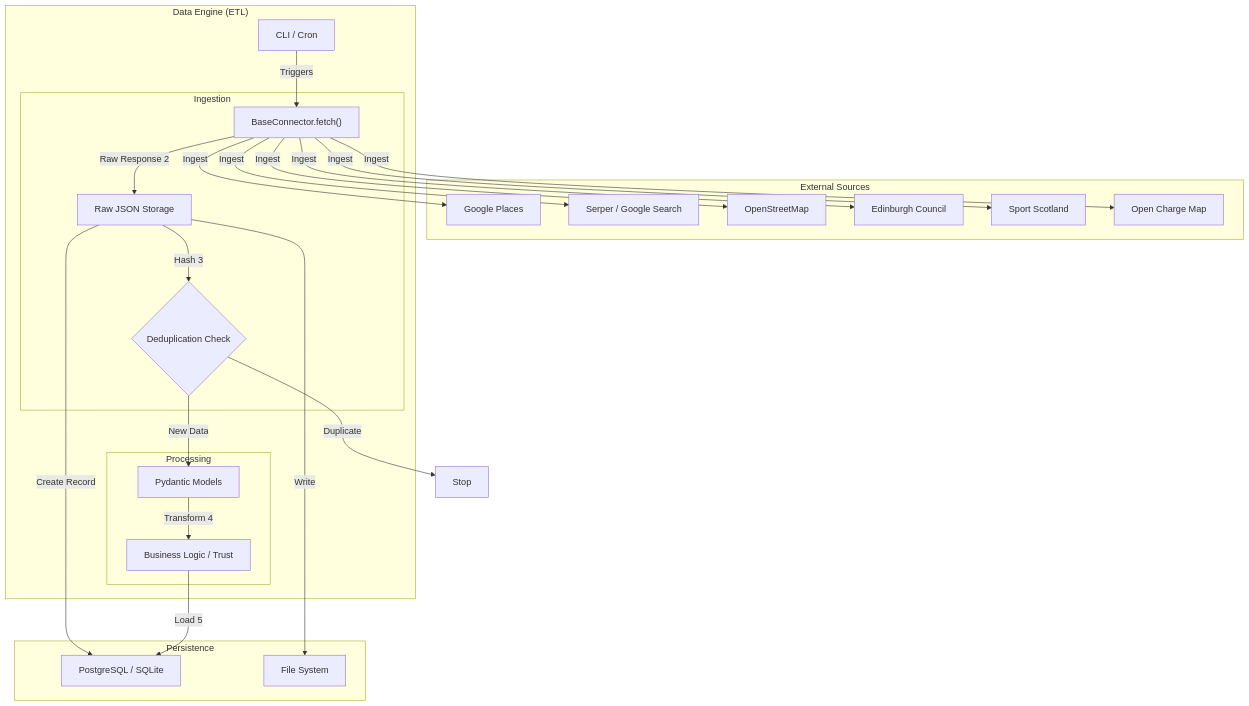
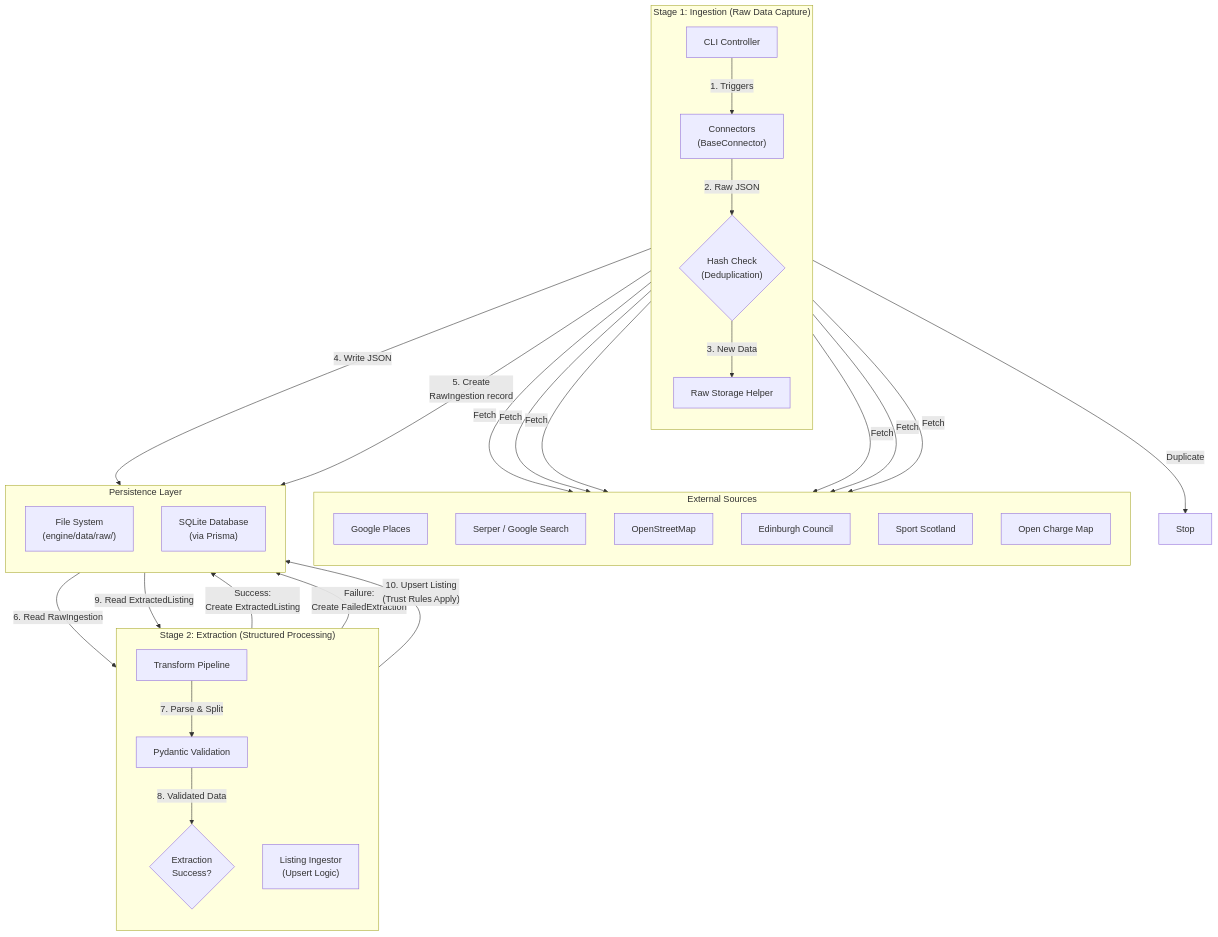
One commit to LarjGit/edinburgh-finds changed the second of 3 diagrams in ARCHITECTURE.md. Above: the diagram before and after it, drawn with Mermaid. The commit also changed other lines of this file, not shown here.

First line of the commit message:
docs(architecture): update ARCHITECTURE.md with extraction pipeline and schema status

````diff
--- a/ARCHITECTURE.md
+++ b/ARCHITECTURE.md
@@ -125,51 +206,60 @@
 ```mermaid
 graph TD
     subgraph ExternalSources["External Sources"]
+        direction TD
         Google["Google Places"]
         Serper["Serper / Google Search"]
         OSM["OpenStreetMap"]
         Council["Edinburgh Council"]
         SportScot["Sport Scotland"]
         OCM["Open Charge Map"]
     end
 
-    subgraph DataEngineETL["Data Engine (ETL)"]
-        CLI["CLI / Cron"]
-
-        subgraph IngestionGroup["Ingestion"]
-            Fetcher["BaseConnector.fetch()"]
-            RawStore["Raw JSON Storage"]
-            Dedup{"Deduplication Check"}
-        end
-
-        subgraph ProcessingGroup["Processing"]
-            Parser["Pydantic Models"]
-            Logic["Business Logic / Trust"]
-        end
+    subgraph Stage1["Stage 1: Ingestion (Raw Data Capture)"]
+        direction TD
+        CLI["CLI Controller"]
+        Connectors["Connectors<br/>(BaseConnector)"]
+        HashCheck{"Hash Check<br/>(Deduplication)"}
+        RawStore["Raw Storage Helper"]
     end
 
-    subgraph PersistenceGroup["Persistence"]
-        DB["PostgreSQL / SQLite"]
-        Files["File System"]
+    subgraph Stage2["Stage 2: Extraction (Structured Processing)"]
+        direction TD
+        Transform["Transform Pipeline"]
+        Validate["Pydantic Validation"]
+        ExtractTrack{"Extraction<br/>Success?"}
+        Ingestor["Listing Ingestor<br/>(Upsert Logic)"]
     end
 
-    CLI -->|"Triggers"| Fetcher
+    subgraph PersistenceLayer["Persistence Layer"]
+        direction TD
+        FileSystem["File System<br/>(engine/data/raw/)"]
+        Database["SQLite Database<br/>(via Prisma)"]
+    end
 
-    Fetcher -->|"Ingest"| Google
-    Fetcher -->|"Ingest"| Serper
-    Fetcher -->|"Ingest"| OSM
-    Fetcher -->|"Ingest"| Council
-    Fetcher -->|"Ingest"| SportScot
-    Fetcher -->|"Ingest"| OCM
+    CLI -->|"1. Triggers"| Connectors
 
-    Fetcher -->|"Raw Response 2"| RawStore
-    RawStore -->|"Write"| Files
-    RawStore -->|"Create Record"| DB
+    Connectors -->|"Fetch"| Google
+    Connectors -->|"Fetch"| Serper
+    Connectors -->|"Fetch"| OSM
+    Connectors -->|"Fetch"| Council
+    Connectors -->|"Fetch"| SportScot
+    Connectors -->|"Fetch"| OCM
 
-    RawStore -->|"Hash 3"| Dedup
-    Dedup -->|"Duplicate"| Stop["Stop"]
-    Dedup -->|"New Data"| Parser
+    Connectors -->|"2. Raw JSON"| HashCheck
+    HashCheck -->|"Duplicate"| Stop["Stop"]
+    HashCheck -->|"3. New Data"| RawStore
 
-    Parser -->|"Transform 4"| Logic
-    Logic -->|"Load 5"| DB
+    RawStore -->|"4. Write JSON"| FileSystem
+    RawStore -->|"5. Create<br/>RawIngestion record"| Database
+
+    Database -->|"6. Read RawIngestion"| Transform
+    Transform -->|"7. Parse & Split"| Validate
+    Validate -->|"8. Validated Data"| ExtractTrack
+
+    ExtractTrack -->|"Success:<br/>Create ExtractedListing"| Database
+    ExtractTrack -->|"Failure:<br/>Create FailedExtraction"| Database
+
+    Database -->|"9. Read ExtractedListing"| Ingestor
+    Ingestor -->|"10. Upsert Listing<br/>(Trust Rules Apply)"| Database
 ```
````
